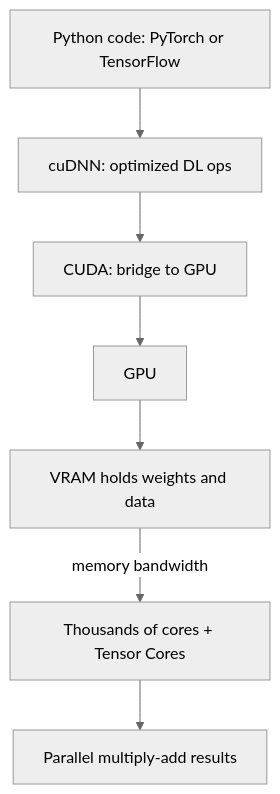
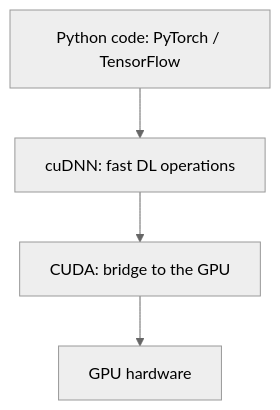
Before and after one commit to kaisarnajar/outcome-school-blogs: the first of 3 diagrams in notes/step-16-ai-infrastructure-deployment-and-system-design/181-how-does-a-gpu-work-for-deep-learning.md, drawn with Mermaid (neutral theme). The commit also changed other lines of this file and 233 other files, not shown here.

````diff
--- a/notes/step-16-ai-infrastructure-deployment-and-system-design/181-how-does-a-gpu-work-for-deep-learning.md
+++ b/notes/step-16-ai-infrastructure-deployment-and-system-design/181-how-does-a-gpu-work-for-deep-learning.md
@@ -43,9 +46,6 @@
 ```mermaid
 flowchart TD
-    A["Python code: PyTorch or TensorFlow"] --> B["cuDNN: optimized DL ops"]
-    B --> C["CUDA: bridge to GPU"]
-    C --> D["GPU"]
-    D --> E["VRAM holds weights and data"]
-    E -->|"memory bandwidth"| F["Thousands of cores + Tensor Cores"]
-    F --> G["Parallel multiply-add results"]
+    S1["Python code: PyTorch / TensorFlow"] --> S2["cuDNN: fast DL operations"]
+    S2 --> S3["CUDA: bridge to the GPU"]
+    S3 --> S4["GPU hardware"]
 ```
````
